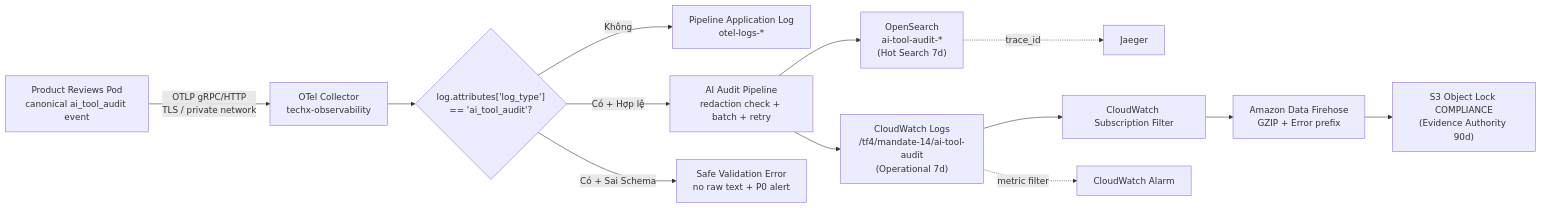
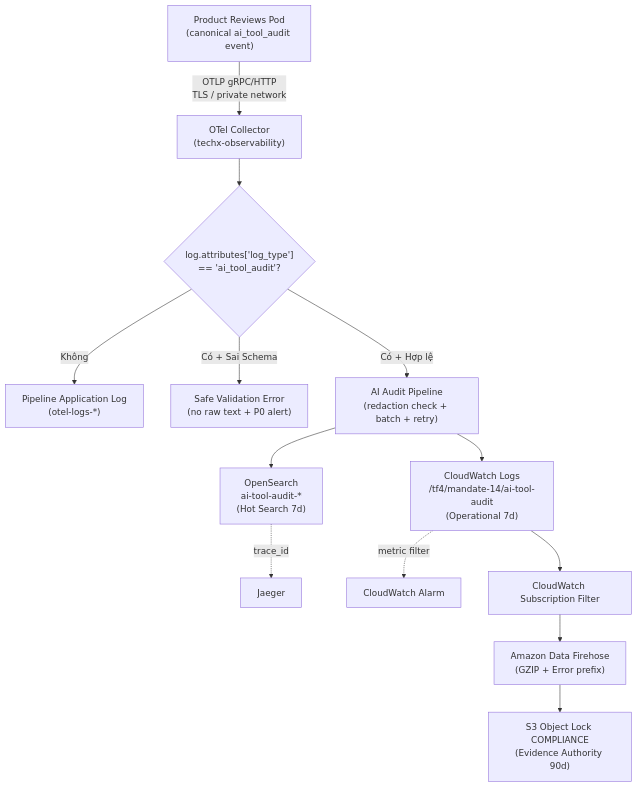
The diagram in docs/audit/planning/MANDATE-14-AI-AUDIT-LOG-PIPELINE-PLAN.md (TF4-Phase3-TechX/tf4-phase3-repo), drawn with Mermaid before and after one commit.

Commit message:
docs(cdo07): update diagram

````diff
--- a/docs/audit/planning/MANDATE-14-AI-AUDIT-LOG-PIPELINE-PLAN.md
+++ b/docs/audit/planning/MANDATE-14-AI-AUDIT-LOG-PIPELINE-PLAN.md
@@ -67,15 +67,20 @@
 ```mermaid
-flowchart LR
-    A["Product Reviews Pod<br/>canonical ai_tool_audit event"] -->|"OTLP gRPC/HTTP<br/>TLS / private network"| B["OTel Collector<br/>techx-observability"]
+flowchart TD
+    A["Product Reviews Pod<br/>(canonical ai_tool_audit event)"] -->|"OTLP gRPC/HTTP<br/>TLS / private network"| B["OTel Collector<br/>(techx-observability)"]
+    
     B --> C{"log.attributes['log_type']<br/>== 'ai_tool_audit'?"}
-    C -->|"Không"| D["Pipeline Application Log<br/>otel-logs-*"]
-    C -->|"Có + Hợp lệ"| E["AI Audit Pipeline<br/>redaction check + batch + retry"]
-    C -->|"Có + Sai Schema"| Q["Safe Validation Error<br/>no raw text + P0 alert"]
+    
+    C -->|"Không"| D["Pipeline Application Log<br/>(otel-logs-*)"]
+    C -->|"Có + Sai Schema"| Q["Safe Validation Error<br/>(no raw text + P0 alert)"]
+    C -->|"Có + Hợp lệ"| E["AI Audit Pipeline<br/>(redaction check + batch + retry)"]
+    
     E --> F["OpenSearch<br/>ai-tool-audit-*<br/>(Hot Search 7d)"]
     E --> G["CloudWatch Logs<br/>/tf4/mandate-14/ai-tool-audit<br/>(Operational 7d)"]
-    G --> H["CloudWatch Subscription Filter"]
-    H --> I["Amazon Data Firehose<br/>GZIP + Error prefix"]
-    I --> J["S3 Object Lock COMPLIANCE<br/>(Evidence Authority 90d)"]
+    
     F -. "trace_id" .-> K["Jaeger"]
     G -. "metric filter" .-> L["CloudWatch Alarm"]
+    
+    G --> H["CloudWatch Subscription Filter"]
+    H --> I["Amazon Data Firehose<br/>(GZIP + Error prefix)"]
+    I --> J["S3 Object Lock COMPLIANCE<br/>(Evidence Authority 90d)"]
 ```
````
